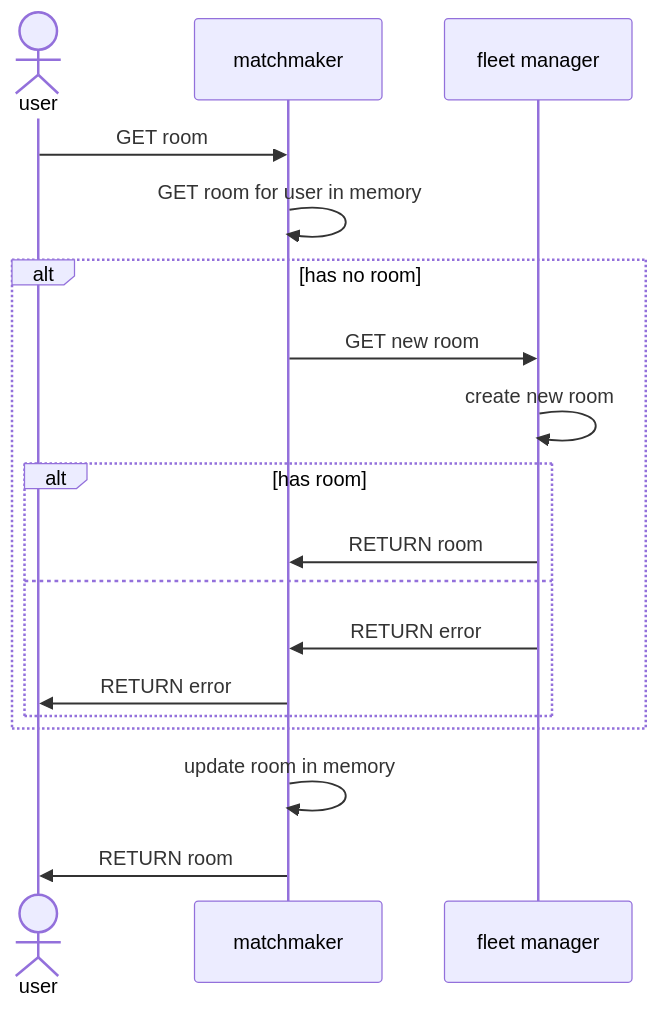
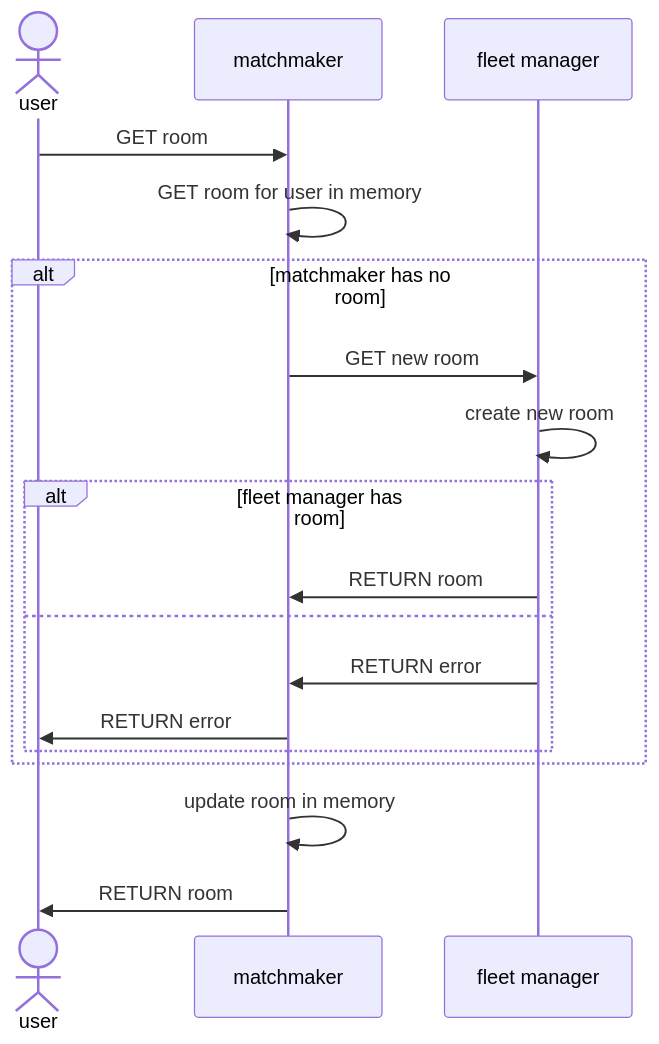
One commit to AdrKacz/super-duper-guacamole changed the fifth of 7 diagrams in README.md. Above: the diagram before and after it, drawn with Mermaid.

````diff
--- a/README.md
+++ b/README.md
@@ -129,20 +129,20 @@
 ```mermaid
 sequenceDiagram
     actor u as user
     participant m as matchmaker
     participant f as fleet manager
     u ->> m: GET room
     m ->> m: GET room for user in memory
-    alt has no room
+    alt matchmaker has no room
         m ->> f: GET new room
         f ->> f: create new room
-        alt has room
+        alt fleet manager has room
             f ->> m: RETURN room
         else
             f ->> m: RETURN error
             m ->> u: RETURN error
         end
     end
     m ->> m: update room in memory
     m ->> u: RETURN room
 ```
````
